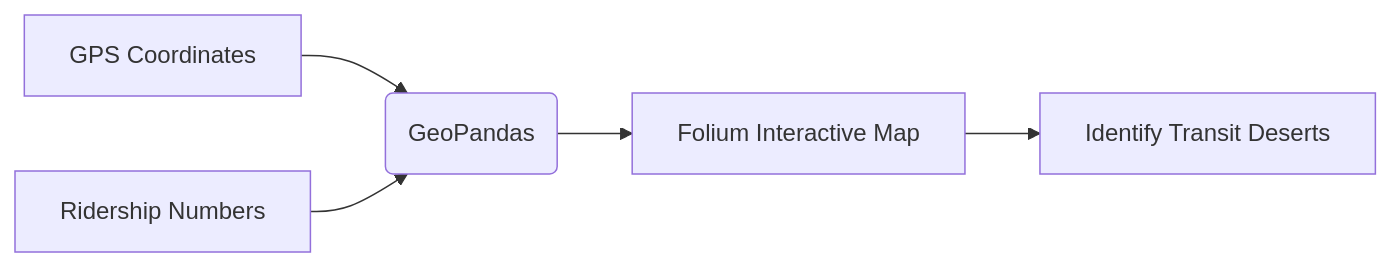
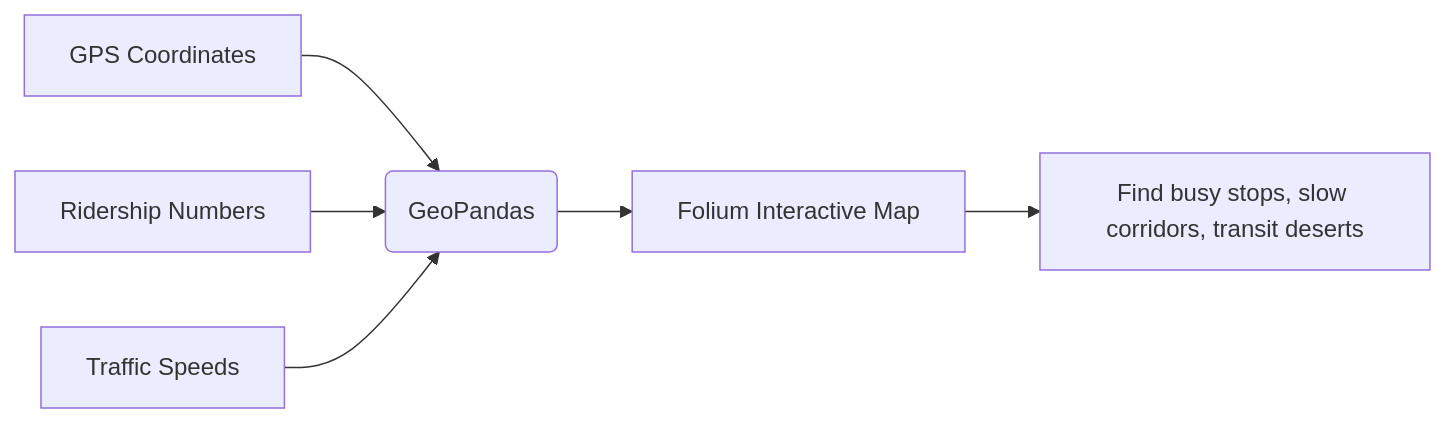
One commit to Web3Dev300/ai-journey changed diagram 18 of 20 in 04_data_science/DATA_SCIENCE_ANSWERS.md. Above: the diagram before and after it, drawn with Mermaid. The commit also changed other lines of this file and 10 other files, not shown here.

````diff
--- a/04_data_science/DATA_SCIENCE_ANSWERS.md
+++ b/04_data_science/DATA_SCIENCE_ANSWERS.md
@@ -876,7 +1321,8 @@
 ```mermaid
 flowchart LR
     A[GPS Coordinates] --> B(GeoPandas)
     C[Ridership Numbers] --> B
+    T[Traffic Speeds] --> B
     B --> D[Folium Interactive Map]
-    D --> E[Identify Transit Deserts]
+    D --> E["Find busy stops, slow corridors, transit deserts"]
 ```
````
